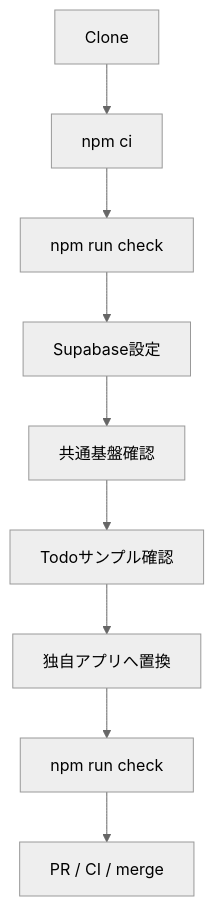
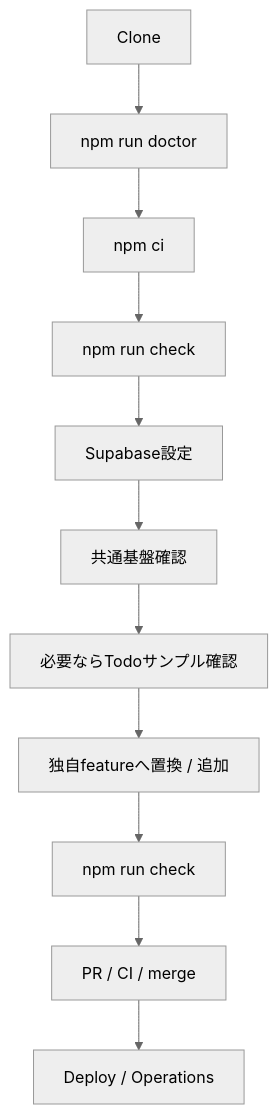
One commit to k-systems202208/nextjs-supabase-vercel-webapp-template changed the first of 8 diagrams in GETTING-STARTED.md. Above: the diagram before and after it, drawn with Mermaid (neutral theme). The commit also changed other lines of this file and 9 other files, not shown here.

````diff
--- a/GETTING-STARTED.md
+++ b/GETTING-STARTED.md
@@ -9,11 +9,13 @@
 ```mermaid
 flowchart TD
-    A["Clone"] --> B["npm ci"]
-    B --> C["npm run check"]
-    C --> D["Supabase設定"]
-    D --> E["共通基盤確認"]
-    E --> F["Todoサンプル確認"]
-    F --> G["独自アプリへ置換"]
-    G --> H["npm run check"]
-    H --> I["PR / CI / merge"]
+    A["Clone"] --> B["npm run doctor"]
+    B --> C["npm ci"]
+    C --> D["npm run check"]
+    D --> E["Supabase設定"]
+    E --> F["共通基盤確認"]
+    F --> G["必要ならTodoサンプル確認"]
+    G --> H["独自featureへ置換 / 追加"]
+    H --> I["npm run check"]
+    I --> J["PR / CI / merge"]
+    J --> K["Deploy / Operations"]
 ```
````
